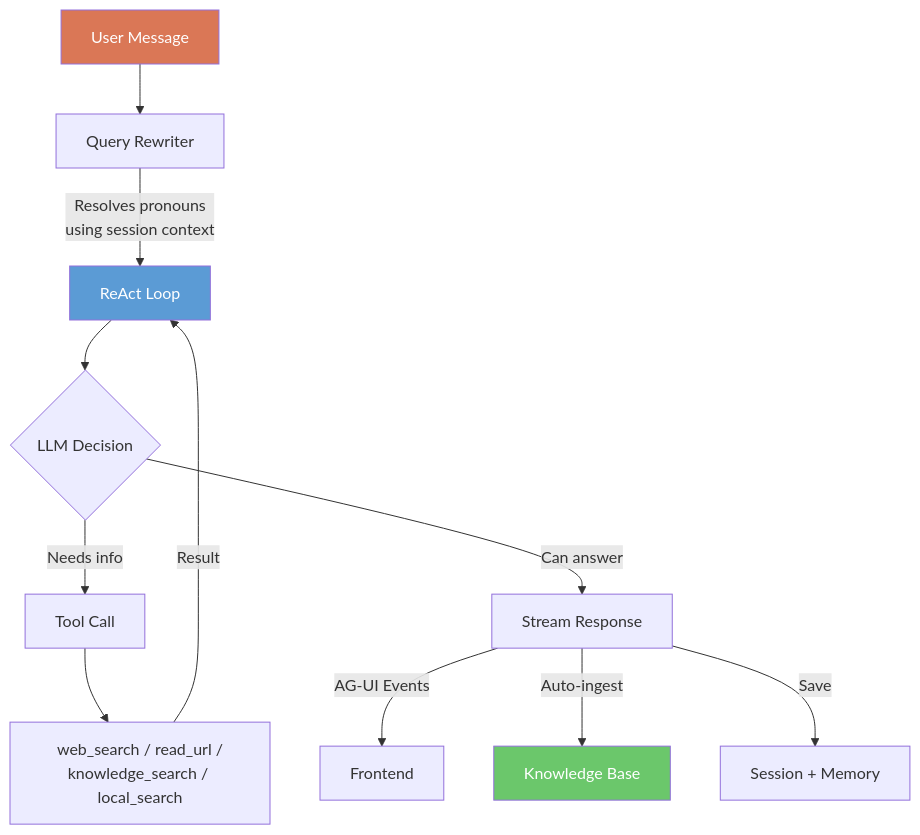
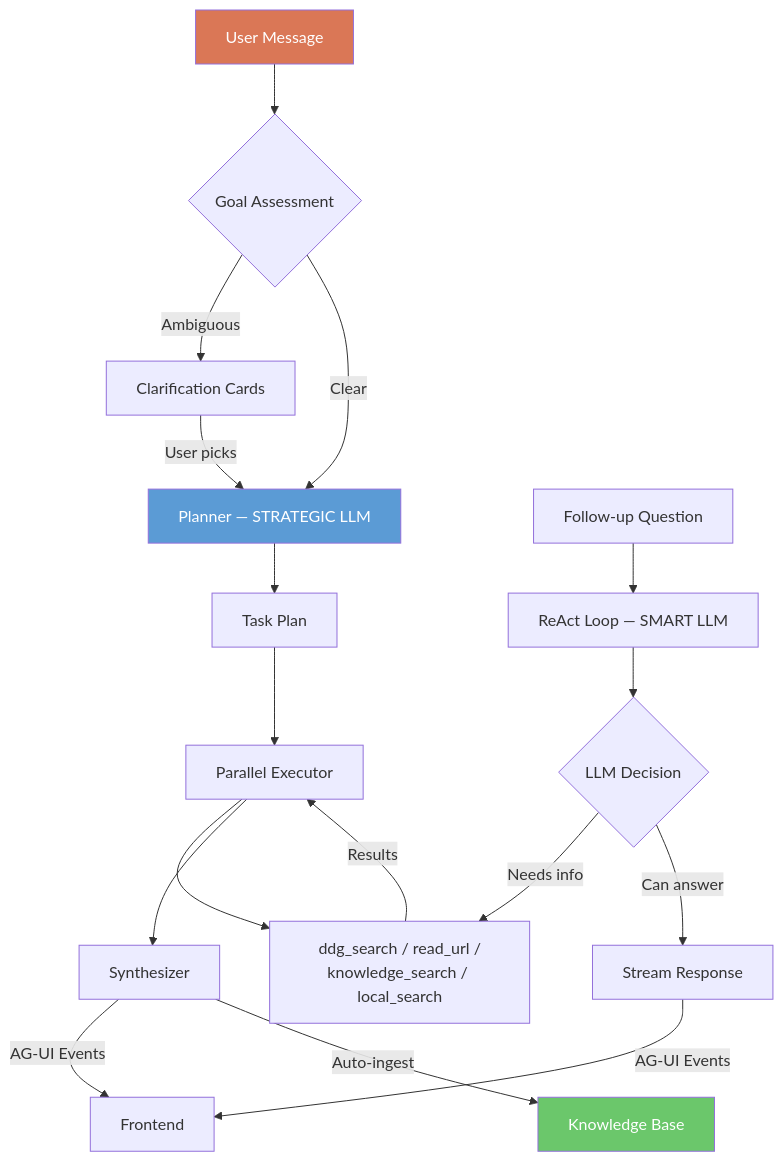
One commit to Amineelfarssi/planex changed the first of 3 diagrams in README.md. Above: the diagram before and after it, drawn with Mermaid. The commit also changed other lines of this file and 15 other files, not shown here.

First line of the commit message:
Overhaul search architecture + fix SSE research flow + Error Boundary

````diff
--- a/README.md
+++ b/README.md
@@ -29,17 +27,24 @@
 ```mermaid
 flowchart TD
-    A[User Message] --> B[Query Rewriter]
-    B -->|Resolves pronouns<br/>using session context| C[ReAct Loop]
-    C --> D{LLM Decision}
-    D -->|Needs info| E[Tool Call]
-    E --> F[web_search / read_url /<br/>knowledge_search / local_search]
-    F -->|Result| C
-    D -->|Can answer| G[Stream Response]
-    G -->|AG-UI Events| H[Frontend]
-    G -->|Auto-ingest| I[Knowledge Base]
-    G -->|Save| J[Session + Memory]
+    A[User Message] --> B{Goal Assessment}
+    B -->|Ambiguous| C[Clarification Cards]
+    C -->|User picks| D
+    B -->|Clear| D[Planner — STRATEGIC LLM]
+    D --> E[Task Plan]
+    E --> F[Parallel Executor]
+    F --> G[ddg_search / read_url /<br/>knowledge_search / local_search]
+    G -->|Results| F
+    F --> H[Synthesizer]
+    H -->|AG-UI Events| I[Frontend]
+    H -->|Auto-ingest| J[Knowledge Base]
+
+    K[Follow-up Question] --> L[ReAct Loop — SMART LLM]
+    L --> M{LLM Decision}
+    M -->|Needs info| G
+    M -->|Can answer| N[Stream Response]
+    N -->|AG-UI Events| I
 
     style A fill:#DA7756,color:white
-    style C fill:#5B9BD5,color:white
-    style I fill:#6BC76B,color:white
+    style D fill:#5B9BD5,color:white
+    style J fill:#6BC76B,color:white
 ```
````
